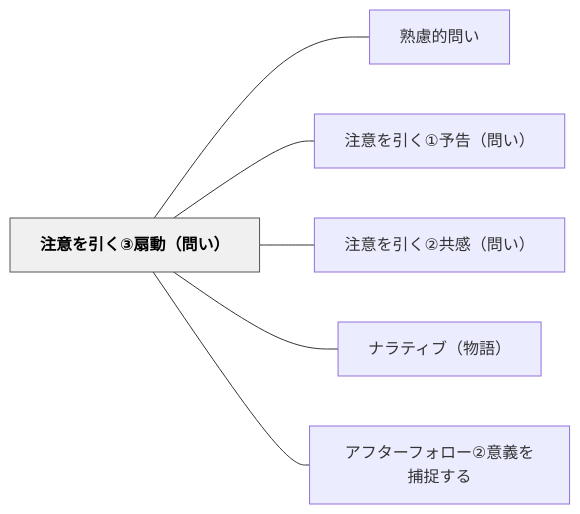
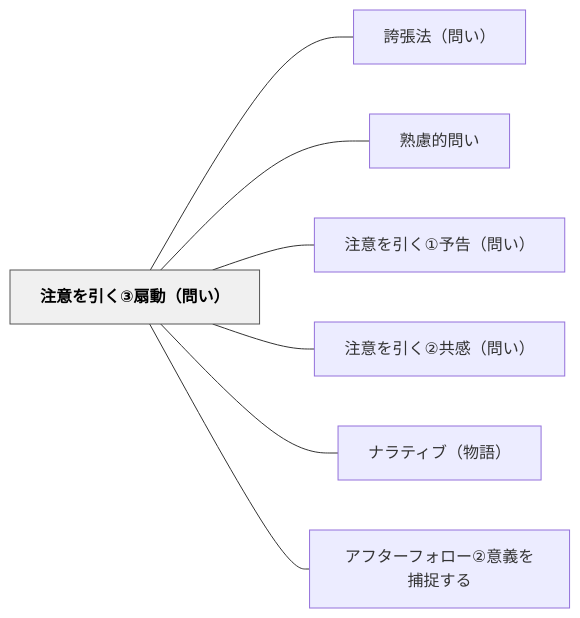
Before and after one commit to unknownthings-ed-patterns/unknownthings-ed-patterns: the diagram in content/パタン/注意を引く③扇動（問い）.md, drawn with Mermaid. The commit also changed other lines of this file and 44 other files, not shown here.

````diff
--- a/content/パタン/注意を引く③扇動（問い）.md
+++ b/content/パタン/注意を引く③扇動（問い）.md
@@ -48,18 +49,20 @@
 ```mermaid
 flowchart LR
     ne6b3a8e6848fe38292e5bc95e3818fe291a2e68987e58b95efbc88e5958fe38184efbc89["注意を引く③扇動（問い）"]
+    ne8aa87e5bcb5e6b395efbc88e5958fe38184efbc89["誇張法（問い）"]
     ne7869fe685aee79a84e5958fe38184["熟慮的問い"]
     ne6b3a8e6848fe38292e5bc95e3818fe291a0e4ba88e5918aefbc88e5958fe38184efbc89["注意を引く①予告（問い）"]
     ne6b3a8e6848fe38292e5bc95e3818fe291a1e585b1e6849fefbc88e5958fe38184efbc89["注意を引く②共感（問い）"]
     ne3838ae383a9e38386e382a3e38396efbc88e789a9e8aa9eefbc89["ナラティブ（物語）"]
     ne382a2e38395e382bfe383bce38395e382a9e383ade383bce291a1e6848fe7bea9e38292e68d95e68d89e38199e3828b["アフターフォロー②意義を捕捉する"]
 
+    ne6b3a8e6848fe38292e5bc95e3818fe291a2e68987e58b95efbc88e5958fe38184efbc89 --- ne8aa87e5bcb5e6b395efbc88e5958fe38184efbc89
     ne6b3a8e6848fe38292e5bc95e3818fe291a2e68987e58b95efbc88e5958fe38184efbc89 --- ne7869fe685aee79a84e5958fe38184
     ne6b3a8e6848fe38292e5bc95e3818fe291a2e68987e58b95efbc88e5958fe38184efbc89 --- ne6b3a8e6848fe38292e5bc95e3818fe291a0e4ba88e5918aefbc88e5958fe38184efbc89
     ne6b3a8e6848fe38292e5bc95e3818fe291a2e68987e58b95efbc88e5958fe38184efbc89 --- ne6b3a8e6848fe38292e5bc95e3818fe291a1e585b1e6849fefbc88e5958fe38184efbc89
     ne6b3a8e6848fe38292e5bc95e3818fe291a2e68987e58b95efbc88e5958fe38184efbc89 --- ne3838ae383a9e38386e382a3e38396efbc88e789a9e8aa9eefbc89
     ne6b3a8e6848fe38292e5bc95e3818fe291a2e68987e58b95efbc88e5958fe38184efbc89 --- ne382a2e38395e382bfe383bce38395e382a9e383ade383bce291a1e6848fe7bea9e38292e68d95e68d89e38199e3828b
 
     classDef hub fill:#f0f0f0,stroke:#555,color:#000,font-weight:bold
     class ne6b3a8e6848fe38292e5bc95e3818fe291a2e68987e58b95efbc88e5958fe38184efbc89 hub
 ```
````
